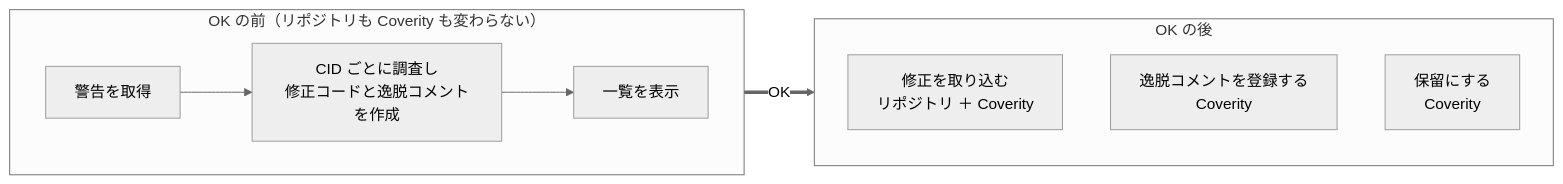
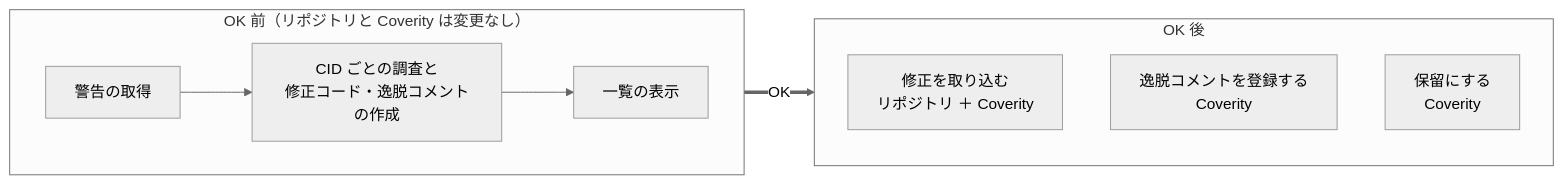
One commit to xclang-brain/plugin-market-place changed the diagram in docs-site/docs/index.md. Above: the diagram before and after it, drawn with Mermaid (neutral theme). The commit also changed other lines of this file and 14 other files, not shown here.

````diff
--- a/docs-site/docs/index.md
+++ b/docs-site/docs/index.md
@@ -16,14 +16,14 @@
 ```mermaid
 flowchart LR
-  subgraph before["OK の前（リポジトリも Coverity も変わらない）"]
+  subgraph before["OK 前（リポジトリと Coverity は変更なし）"]
     direction LR
-    A["警告を取得"] --> B["CID ごとに調査し<br>修正コードと逸脱コメントを作成"] --> C["一覧を表示"]
+    A["警告の取得"] --> B["CID ごとの調査と<br>修正コード・逸脱コメントの作成"] --> C["一覧の表示"]
   end
   C == "OK" ==> after
-  subgraph after["OK の後"]
+  subgraph after["OK 後"]
     direction TB
     F["修正を取り込む<br>リポジトリ ＋ Coverity"]
     D["逸脱コメントを登録する<br>Coverity"]
     P["保留にする<br>Coverity"]
   end
 ```
````
